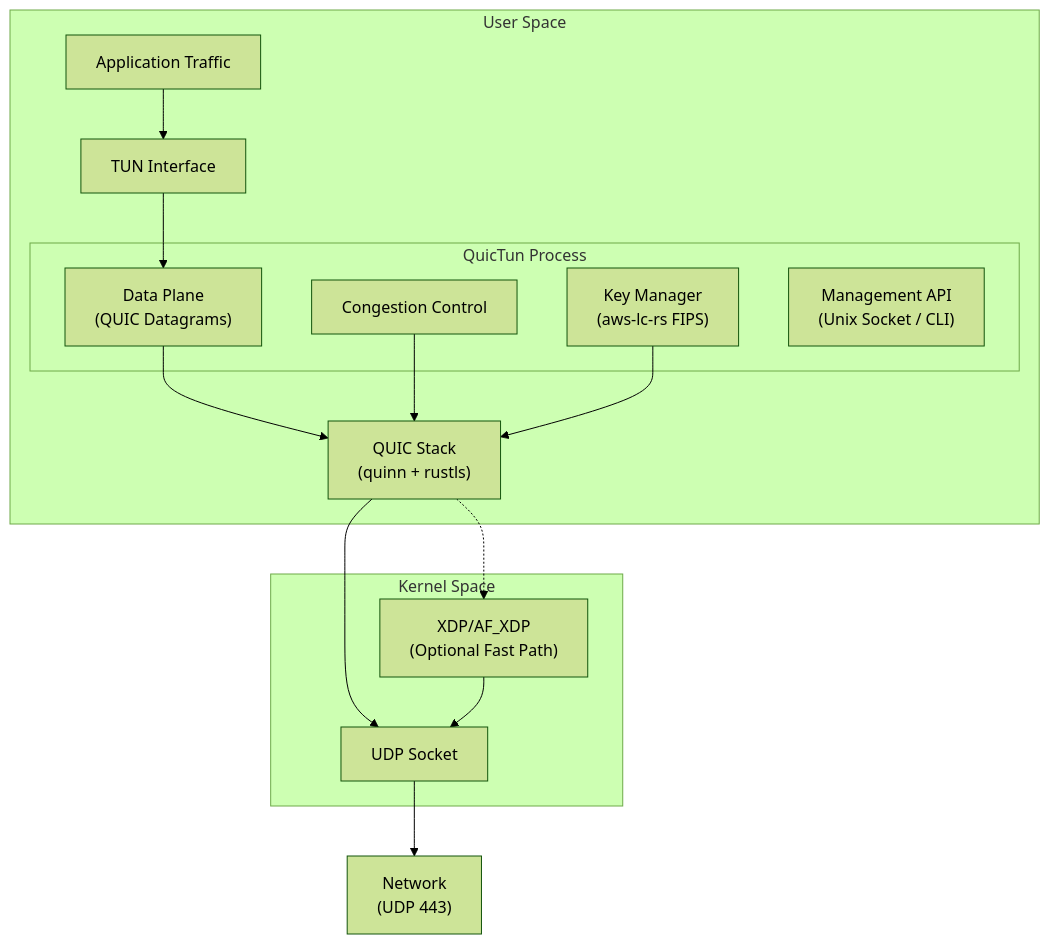
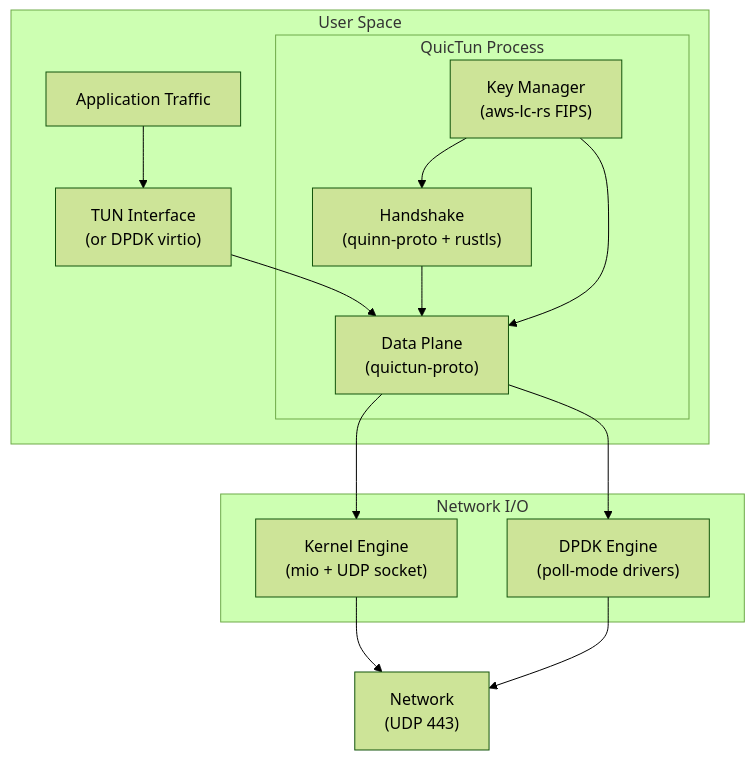
One commit to ghatdev/quictun changed the first of 4 diagrams in docs/whitepaper.md. Above: the diagram before and after it, drawn with Mermaid (forest theme). The commit also changed other lines of this file, not shown here.

First line of the commit message:
update whitepaper v2.0: two-phase architecture, 2-tier engine

````diff
--- a/docs/whitepaper.md
+++ b/docs/whitepaper.md
@@ -191,33 +191,30 @@
 ```mermaid
 graph TB
     subgraph "User Space"
         App["Application Traffic"]
-        TUN["TUN Interface"]
+        TUN["TUN Interface<br/>(or DPDK virtio)"]
 
         subgraph "QuicTun Process"
-            DP["Data Plane<br/>(QUIC Datagrams)"]
-            CC["Congestion Control"]
+            HS["Handshake<br/>(quinn-proto + rustls)"]
+            DP["Data Plane<br/>(quictun-proto)"]
             KM["Key Manager<br/>(aws-lc-rs FIPS)"]
-            MGMT["Management API<br/>(Unix Socket / CLI)"]
         end
-
-        QUIC["QUIC Stack<br/>(quinn + rustls)"]
     end
 
-    subgraph "Kernel Space"
-        XDP["XDP/AF_XDP<br/>(Optional Fast Path)"]
-        UDP["UDP Socket"]
+    subgraph "Network I/O"
+        MIO["Kernel Engine<br/>(mio + UDP socket)"]
+        DPDK["DPDK Engine<br/>(poll-mode drivers)"]
     end
 
     NET["Network<br/>(UDP 443)"]
 
     App --> TUN
     TUN --> DP
-    DP --> QUIC
-    CC --> QUIC
-    KM --> QUIC
-    QUIC --> UDP
-    QUIC -.-> XDP
-    XDP --> UDP
-    UDP --> NET
+    HS --> DP
+    KM --> HS
+    KM --> DP
+    DP --> MIO
+    DP --> DPDK
+    MIO --> NET
+    DPDK --> NET
 ```
````
